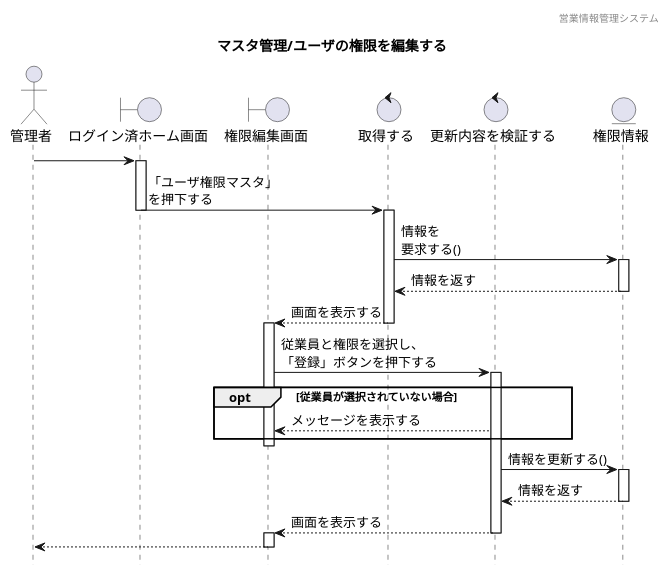
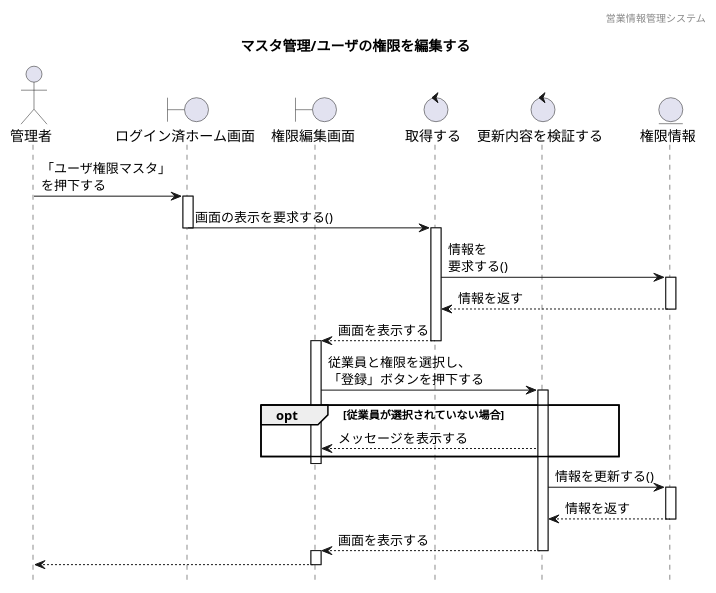
One commit to HaruShim/Sotuken changed the diagram in 各種設計書/4シーケンス図/マスタ管理/3.ユーザ権限マスタ/ユーザ権限編集.wsd. Above: the diagram before and after it, drawn with PlantUML. The commit also changed 2 other files, not shown here.

```diff
--- a/各種設計書/4シーケンス図/マスタ管理/3.ユーザ権限マスタ/ユーザ権限編集.wsd
+++ b/各種設計書/4シーケンス図/マスタ管理/3.ユーザ権限マスタ/ユーザ権限編集.wsd
@@ -1,49 +1,49 @@
 @startuml sequence
 
 hide footbox
 header 営業情報管理システム
 title マスタ管理/ユーザの権限を編集する
 
 ' actor "" as 
 actor "管理者" as a1
 
 ' boundary "" as
 boundary "ログイン済ホーム画面" as b1
 boundary "権限編集画面" as b2 
 
 ' control "" as
 control "取得する" as c1 
 control "更新内容を検証する" as c2
 
 ' entity "" as
 entity "権限情報" as e1
 
-a1 -> b1
+a1 -> b1:「ユーザ権限マスタ」\nを押下する
 activate b1
-b1 -> c1:「ユーザ権限マスタ」\nを押下する
+b1 -> c1 : 画面の表示を要求する()
 deactivate b1
 activate c1
 c1 -> e1:情報を\n要求する()
 activate e1
 e1 --> c1:情報を返す
 deactivate e1
 c1 --> b2:画面を表示する
 deactivate c1
 activate b2
 b2 -> c2:従業員と権限を選択し、\n「登録」ボタンを押下する
 activate c2
 opt 従業員が選択されていない場合
 c2 --> b2 : メッセージを表示する
 end
 deactivate b2
 c2 -> e1: 情報を更新する()
 activate e1
 e1 --> c2:情報を返す
 deactivate e1
 c2 --> b2: 画面を表示する
 deactivate c2
 activate b2
 b2 --> a1
 deactivate b2
 
 @enduml
```
